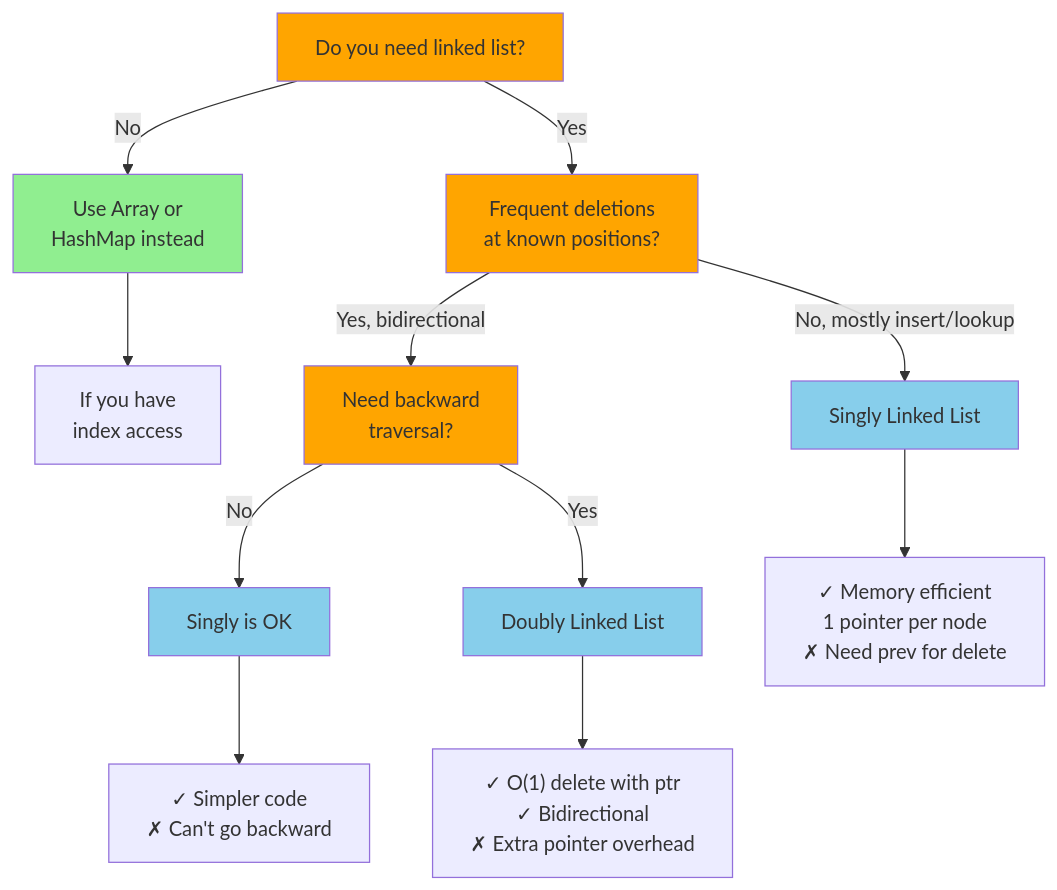
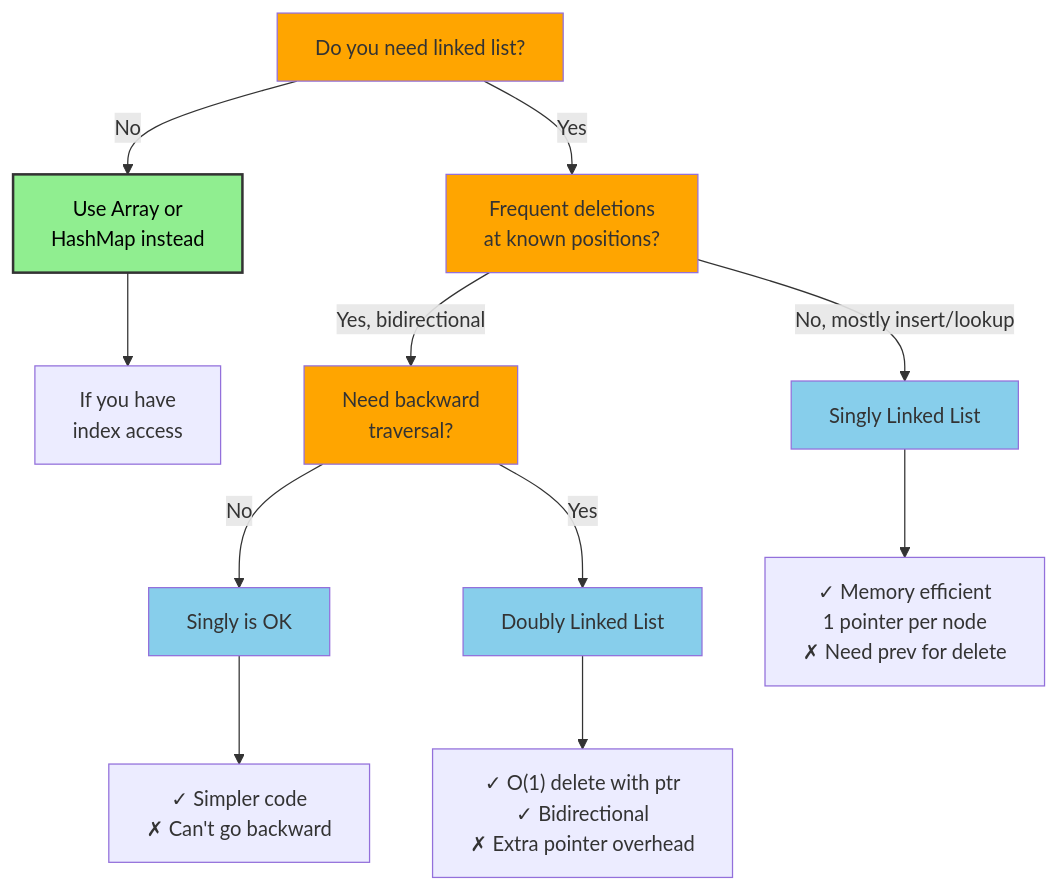
One commit to souradeepta/interviewprep changed the first of 3 diagrams in docs/basic/linked_list.md. Above: the diagram before and after it, drawn with Mermaid. The commit also changed 31 other files, not shown here.

Commit message:
updated graphs

````diff
--- a/docs/basic/linked_list.md
+++ b/docs/basic/linked_list.md
@@ -22,28 +22,28 @@
 ```mermaid
 graph TD
     Q["Do you need linked list?"]
     
     Q -->|No| A1["Use Array or<br/>HashMap instead"]
     Q -->|Yes| Q2["Frequent deletions<br/>at known positions?"]
     
     A1 --> A1x["If you have<br/>index access"]
     
     Q2 -->|No, mostly insert/lookup| Singly["Singly Linked List"]
     Q2 -->|Yes, bidirectional| Q3["Need backward<br/>traversal?"]
     
     Q3 -->|No| Singly2["Singly is OK"]
     Q3 -->|Yes| Doubly["Doubly Linked List"]
     
     Singly --> S1["✓ Memory efficient<br/>1 pointer per node<br/>✗ Need prev for delete"]
     Singly2 --> S2["✓ Simpler code<br/>✗ Can't go backward"]
     
     Doubly --> D1["✓ O(1) delete with ptr<br/>✓ Bidirectional<br/>✗ Extra pointer overhead"]
     
     style Q fill:#FFA500
     style Q2 fill:#FFA500
     style Q3 fill:#FFA500
     style Singly fill:#87CEEB
     style Singly2 fill:#87CEEB
     style Doubly fill:#87CEEB
-    style A1 fill:#90EE90
+    style A1 fill:#90ee90,color:#000,stroke:#333,stroke-width:2px
 ```
````
